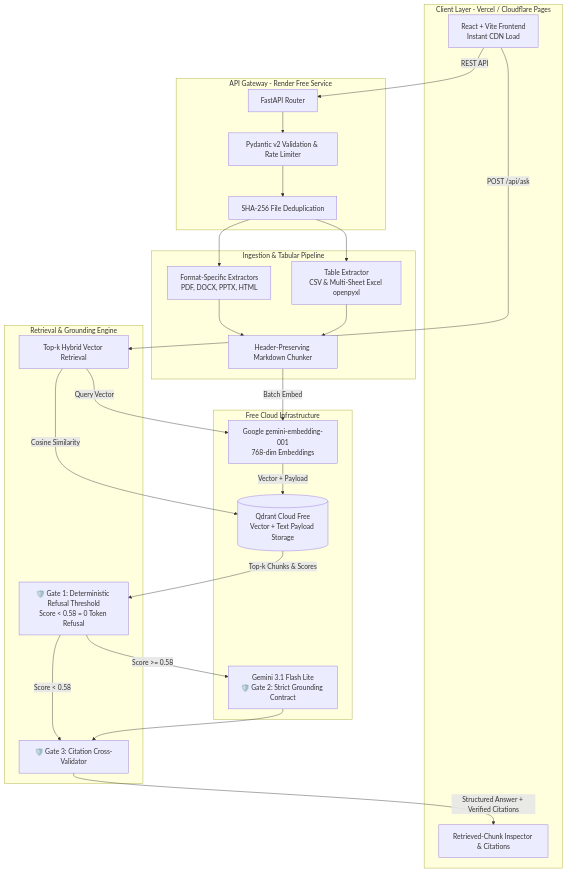
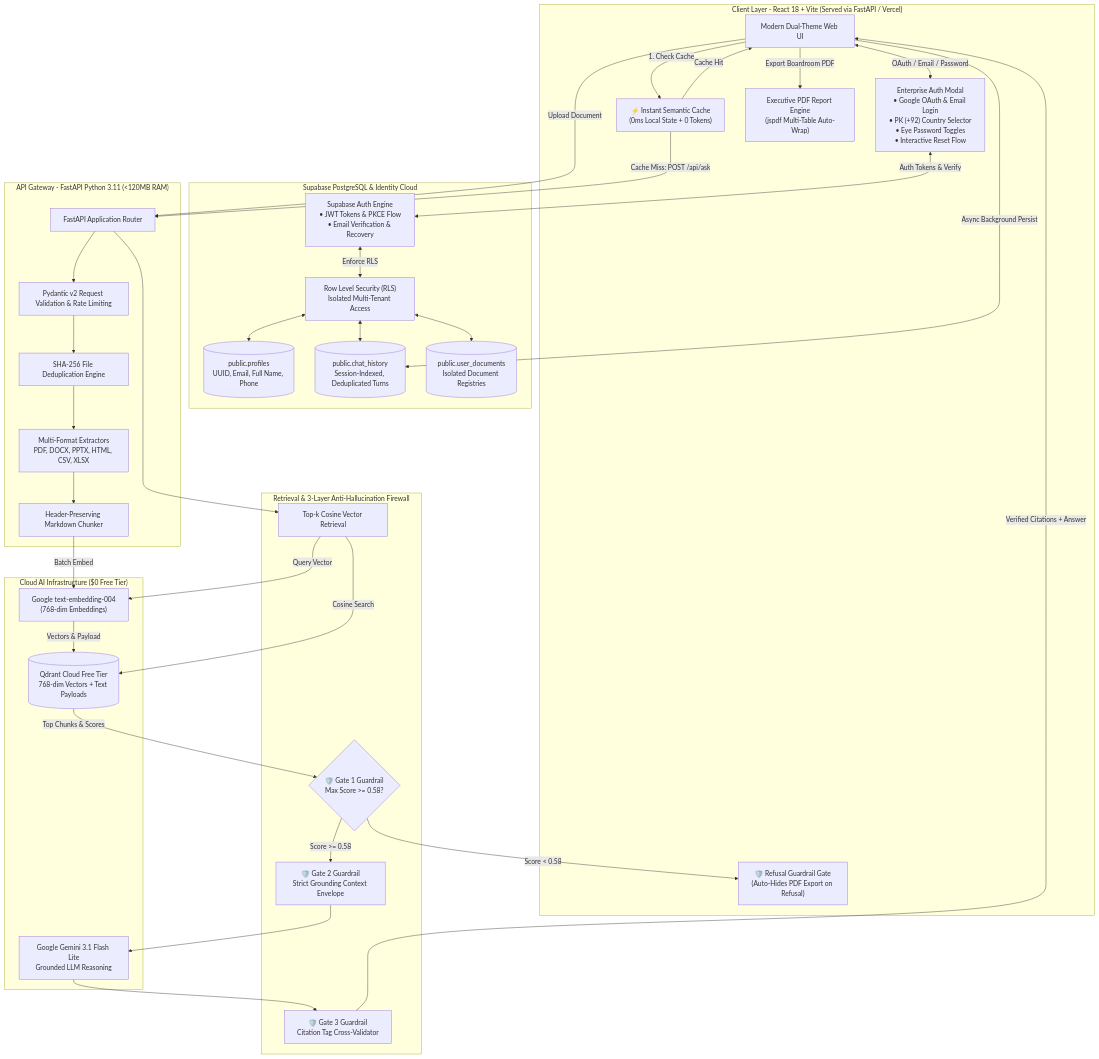
The first of 2 diagrams in README.md (qudrat321/PolicyPilot-RAG), drawn with Mermaid before and after one commit. The commit also changed other lines of this file and 4 other files, not shown here.

Commit message:
docs & deploy: update README architecture & diagrams, folder structure, and add Supabase env to Dockerfile and render.yaml

````diff
--- a/README.md
+++ b/README.md
@@ -90,50 +86,70 @@
 ```mermaid
 flowchart TD
-    subgraph Client ["Client Layer - Vercel / Cloudflare Pages"]
-        UI["React + Vite Frontend<br/>Instant CDN Load"]
-        INSP["Retrieved-Chunk Inspector & Citations"]
+    subgraph Client ["Client Layer - React 18 + Vite (Served via FastAPI / Vercel)"]
+        UI["Modern Dual-Theme Web UI"]
+        AUTH_MODAL["Enterprise Auth Modal<br/>• Google OAuth & Email Login<br/>• PK (+92) Country Selector<br/>• Eye Password Toggles<br/>• Interactive Reset Flow"]
+        CACHE["⚡ Instant Semantic Cache<br/>(0ms Local State + 0 Tokens)"]
+        GUARD_UI["🛡️ Refusal Guardrail Gate<br/>(Auto-Hides PDF Export on Refusal)"]
+        PDF_ENG["Executive PDF Report Engine<br/>(jspdf Multi-Table Auto-Wrap)"]
     end
 
-    subgraph Gateway ["API Gateway - Render Free Service"]
-        API["FastAPI Router"]
-        SEC["Pydantic v2 Validation & Rate Limiter"]
-        DEDUP["SHA-256 File Deduplication"]
+    subgraph SupabaseCloud ["Supabase PostgreSQL & Identity Cloud"]
+        AUTH_SRV["Supabase Auth Engine<br/>• JWT Tokens & PKCE Flow<br/>• Email Verification & Recovery"]
+        DB_PROF[("public.profiles<br/>UUID, Email, Full Name, Phone")]
+        DB_HIST[("public.chat_history<br/>Session-Indexed, Deduplicated Turns")]
+        DB_DOCS[("public.user_documents<br/>Isolated Document Registries")]
+        RLS["Row Level Security (RLS)<br/>Isolated Multi-Tenant Access"]
     end
 
-    subgraph Ingestion ["Ingestion & Tabular Pipeline"]
-        EXT["Format-Specific Extractors<br/>PDF, DOCX, PPTX, HTML"]
-        TBL["Table Extractor<br/>CSV & Multi-Sheet Excel openpyxl"]
-        CHK["Header-Preserving Markdown Chunker"]
+    subgraph Gateway ["API Gateway - FastAPI Python 3.11 (<120MB RAM)"]
+        ROUTER["FastAPI Application Router"]
+        SEC["Pydantic v2 Request Validation & Rate Limiting"]
+        DEDUP["SHA-256 File Deduplication Engine"]
+        EXT["Multi-Format Extractors<br/>PDF, DOCX, PPTX, HTML, CSV, XLSX"]
+        CHUNK["Header-Preserving Markdown Chunker"]
     end
 
-    subgraph Retrieval ["Retrieval & Grounding Engine"]
-        RET["Top-k Hybrid Vector Retrieval"]
-        DET["🛡️ Gate 1: Deterministic Refusal Threshold<br/>Score < 0.58 = 0 Token Refusal"]
-        VAL["🛡️ Gate 3: Citation Cross-Validator"]
+    subgraph GroundingEngine ["Retrieval & 3-Layer Anti-Hallucination Firewall"]
+        RET["Top-k Cosine Vector Retrieval"]
+        GATE1{"🛡️ Gate 1 Guardrail<br/>Max Score >= 0.58?"}
+        GATE2["🛡️ Gate 2 Guardrail<br/>Strict Grounding Context Envelope"]
+        GATE3["🛡️ Gate 3 Guardrail<br/>Citation Tag Cross-Validator"]
     end
 
-    subgraph CloudServices ["Free Cloud Infrastructure"]
-        QD[("Qdrant Cloud Free<br/>Vector + Text Payload Storage")]
-        GEM_EMB["Google gemini-embedding-001<br/>768-dim Embeddings"]
-        GEM_LLM["Gemini 3.1 Flash Lite<br/>🛡️ Gate 2: Strict Grounding Contract"]
+    subgraph VectorAndAI ["Cloud AI Infrastructure ($0 Free Tier)"]
+        QD[("Qdrant Cloud Free Tier<br/>768-dim Vectors + Text Payloads")]
+        GEM_EMB["Google text-embedding-004<br/>(768-dim Embeddings)"]
+        GEM_LLM["Google Gemini 3.1 Flash Lite<br/>Grounded LLM Reasoning"]
     end
 
-    UI -->|REST API| API
-    API --> SEC
-    SEC --> DEDUP
-    DEDUP --> EXT
-    DEDUP --> TBL
-    EXT --> CHK
-    TBL --> CHK
-    CHK -->|Batch Embed| GEM_EMB
-    GEM_EMB -->|Vector + Payload| QD
+    %% Auth & User Management Flows
+    UI <-->|OAuth / Email / Password| AUTH_MODAL
+    AUTH_MODAL <-->|Auth Tokens & Verify| AUTH_SRV
+    AUTH_SRV <-->|Enforce RLS| RLS
+    RLS <--> DB_PROF
+    RLS <--> DB_HIST
+    RLS <--> DB_DOCS
 
-    UI -->|POST /api/ask| RET
+    %% Ingestion Flow
+    UI -->|Upload Document| ROUTER
+    ROUTER --> SEC --> DEDUP
+    DEDUP --> EXT --> CHUNK
+    CHUNK -->|Batch Embed| GEM_EMB
+    GEM_EMB -->|Vectors & Payload| QD
+
+    %% Query & Grounding Flow
+    UI -->|1. Check Cache| CACHE
+    CACHE -->|Cache Hit| UI
+    CACHE -->|Cache Miss: POST /api/ask| ROUTER
+    ROUTER --> RET
     RET -->|Query Vector| GEM_EMB
-    RET -->|Cosine Similarity| QD
-    QD -->|Top-k Chunks & Scores| DET
-    DET -->|Score >= 0.58| GEM_LLM
-    DET -->|Score < 0.58| VAL
-    GEM_LLM --> VAL
-    VAL -->|Structured Answer + Verified Citations| INSP
+    RET -->|Cosine Search| QD
+    QD -->|Top Chunks & Scores| GATE1
+    GATE1 -->|Score < 0.58| GUARD_UI
+    GATE1 -->|Score >= 0.58| GATE2
+    GATE2 --> GEM_LLM
+    GEM_LLM --> GATE3
+    GATE3 -->|Verified Citations + Answer| UI
+    UI -->|Async Background Persist| DB_HIST
+    UI -->|Export Boardroom PDF| PDF_ENG
 ```
````
